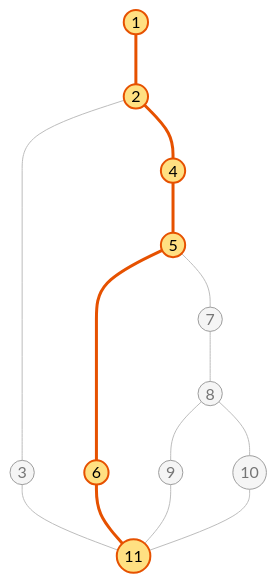
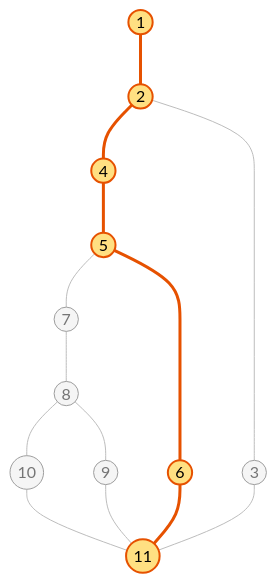
One commit to bloedige/itdb_ctf changed the third of 5 diagrams in tests/docs/caja_blanca_02_adquirir_pista.md. Above: the diagram before and after it, drawn with Mermaid. The commit also changed other lines of this file and 47 other files, not shown here.

````diff
--- a/tests/docs/caja_blanca_02_adquirir_pista.md
+++ b/tests/docs/caja_blanca_02_adquirir_pista.md
@@ -108,21 +123,21 @@
 ```mermaid
 graph TD
     n1((1)) --- n2((2))
-    n2 --- n3((3))
-    n3 --- n11((11))
     n2 --- n4((4))
     n4 --- n5((5))
+    n5 --- n7((7))
+    n7 --- n8((8))
+    n8 --- n10((10))
+    n10 --- n11((11))
+    n8 --- n9((9))
+    n9 --- n11
     n5 --- n6((6))
     n6 --- n11
-    n5 --- n7((7))
-    n7 --- n8((8))
-    n8 --- n9((9))
-    n9 --- n11
-    n8 --- n10((10))
-    n10 --- n11
+    n2 --- n3((3))
+    n3 --- n11
     classDef default fill:#f5f5f5,stroke:#9e9e9e,color:#757575
     classDef camino fill:#ffe082,stroke:#e65100,stroke-width:2px,color:#000
     class n1,n2,n4,n5,n6,n11 camino
     linkStyle default stroke:#bdbdbd,stroke-width:1px
-    linkStyle 0,3,4,5,6 stroke:#e65100,stroke-width:3px
+    linkStyle 0,1,2,9,10 stroke:#e65100,stroke-width:3px
 ```
````
